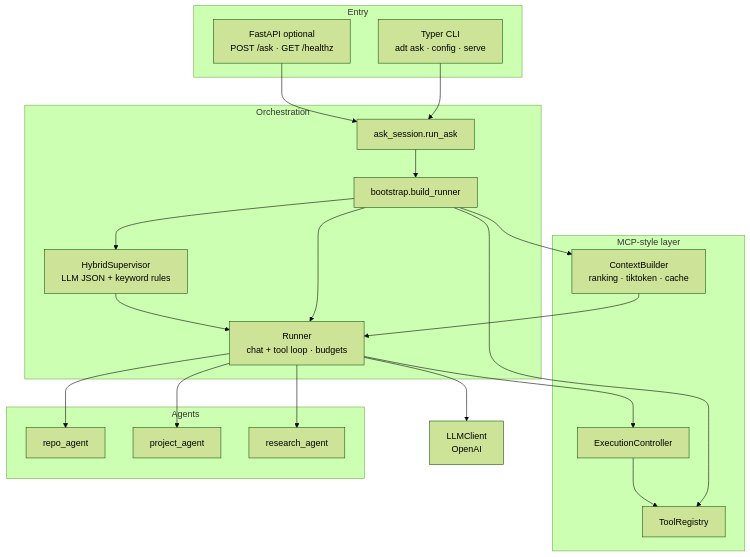
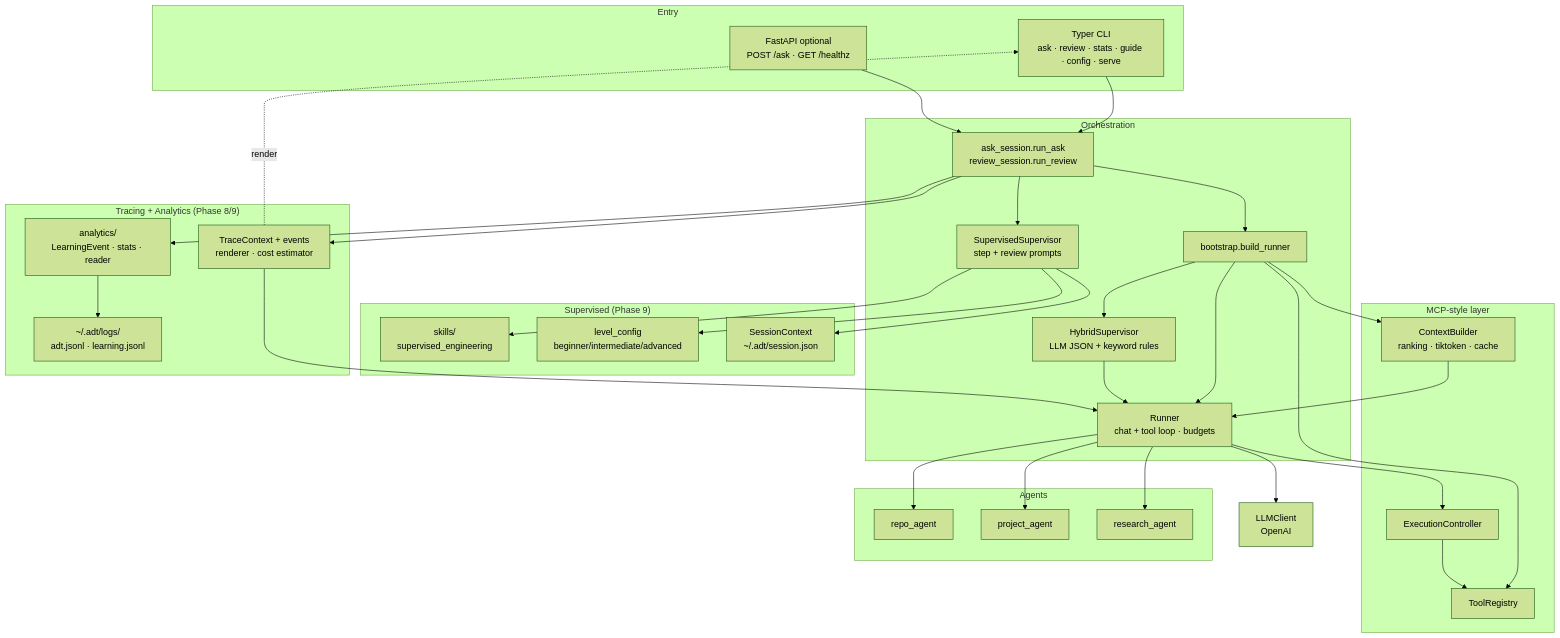
Before and after one commit to brunoramosmartins/agentic-dev-tool: the diagram in README.md, drawn with Mermaid (forest theme). The commit also changed other lines of this file and 18 other files, not shown here.

First line of the commit message:
feat(analytics): track supervised learning sessions

````diff
--- a/README.md
+++ b/README.md
@@ -62,44 +70,66 @@
 ```mermaid
 flowchart TB
   subgraph entry["Entry"]
-    CLI["Typer CLI<br/>adt ask · config · serve"]
+    CLI["Typer CLI<br/>ask · review · stats · guide · config · serve"]
     HTTP["FastAPI optional<br/>POST /ask · GET /healthz"]
   end
 
   subgraph orch["Orchestration"]
-    ASK["ask_session.run_ask"]
+    ASK["ask_session.run_ask<br/>review_session.run_review"]
     BOOT["bootstrap.build_runner"]
     HYB["HybridSupervisor<br/>LLM JSON + keyword rules"]
+    SUP["SupervisedSupervisor<br/>step + review prompts"]
     RUN["Runner<br/>chat + tool loop · budgets"]
   end
 
   subgraph mcp["MCP-style layer"]
     REG["ToolRegistry"]
     EXE["ExecutionController"]
     CTX["ContextBuilder<br/>ranking · tiktoken · cache"]
   end
 
   subgraph agents["Agents"]
     RA["repo_agent"]
     PA["project_agent"]
     RE["research_agent"]
   end
 
+  subgraph supervised["Supervised (Phase 9)"]
+    SKILL["skills/<br/>supervised_engineering"]
+    LVL["level_config<br/>beginner/intermediate/advanced"]
+    SESS["SessionContext<br/>~/.adt/session.json"]
+  end
+
+  subgraph obs["Tracing + Analytics (Phase 8/9)"]
+    TRC["TraceContext + events<br/>renderer · cost estimator"]
+    ANL["analytics/<br/>LearningEvent · stats · reader"]
+    LOG["~/.adt/logs/<br/>adt.jsonl · learning.jsonl"]
+  end
+
   LLM["LLMClient<br/>OpenAI"]
 
   CLI --> ASK
   HTTP --> ASK
   ASK --> BOOT
+  ASK --> SUP
+  ASK --> TRC
+  ASK --> ANL
+  SUP --> SKILL
+  SUP --> LVL
+  SUP --> SESS
   BOOT --> HYB
   BOOT --> RUN
   BOOT --> REG
   BOOT --> CTX
   HYB --> RUN
   RUN --> RA
   RUN --> PA
   RUN --> RE
   RUN --> LLM
   RUN --> EXE
   EXE --> REG
   CTX --> RUN
+  TRC --> RUN
+  ANL --> LOG
+  TRC -.render.-> CLI
 ```
````
